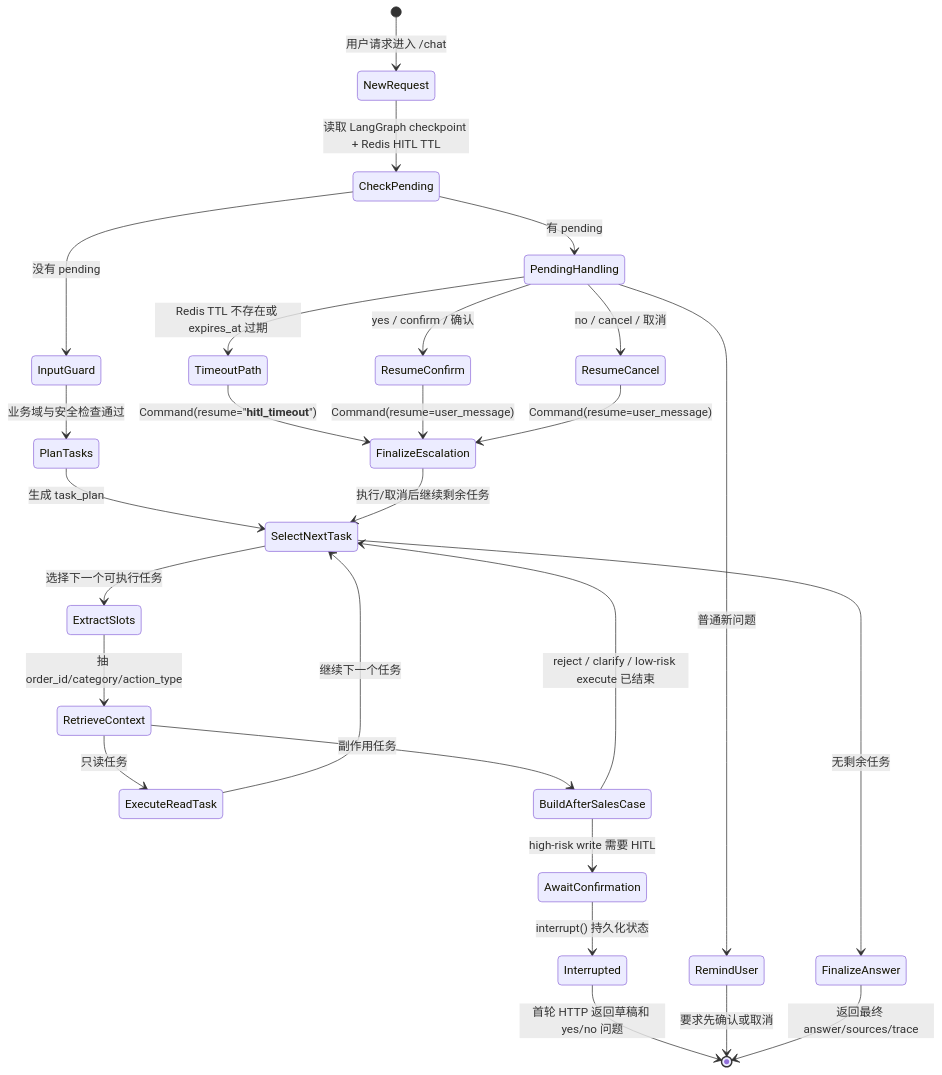
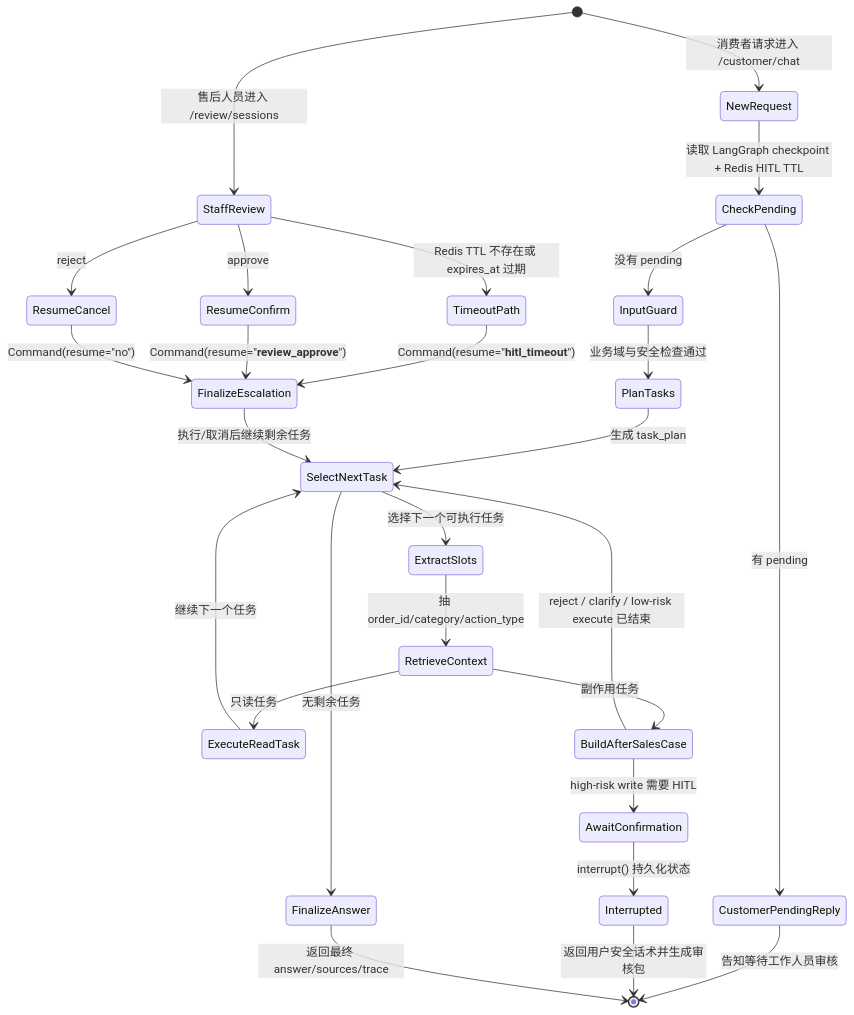
One commit to bigfish-emily/commerce-support-agent changed the diagram in docs/diagrams/hitl_resume_state.mmd. Above: the diagram before and after it, drawn with Mermaid. The commit also changed 49 other files, not shown here.

Commit message:
refine self-service support agent flow

```diff
--- a/docs/diagrams/hitl_resume_state.mmd
+++ b/docs/diagrams/hitl_resume_state.mmd
@@ -1,29 +1,30 @@
 stateDiagram-v2
-    [*] --> NewRequest: 用户请求进入 /chat
+    [*] --> NewRequest: 消费者请求进入 /customer/chat
     NewRequest --> CheckPending: 读取 LangGraph checkpoint + Redis HITL TTL
     CheckPending --> InputGuard: 没有 pending
-    CheckPending --> PendingHandling: 有 pending
-    PendingHandling --> TimeoutPath: Redis TTL 不存在或 expires_at 过期
-    PendingHandling --> ResumeConfirm: yes / confirm / 确认
-    PendingHandling --> ResumeCancel: no / cancel / 取消
-    PendingHandling --> RemindUser: 普通新问题
+    CheckPending --> CustomerPendingReply: 有 pending
+    CustomerPendingReply --> [*]: 告知等待工作人员审核
+
+    [*] --> StaffReview: 售后人员进入 /review/sessions
+    StaffReview --> TimeoutPath: Redis TTL 不存在或 expires_at 过期
+    StaffReview --> ResumeConfirm: approve
+    StaffReview --> ResumeCancel: reject
 
     InputGuard --> PlanTasks: 业务域与安全检查通过
     PlanTasks --> SelectNextTask: 生成 task_plan
     SelectNextTask --> ExtractSlots: 选择下一个可执行任务
     ExtractSlots --> RetrieveContext: 抽 order_id/category/action_type
     RetrieveContext --> ExecuteReadTask: 只读任务
     ExecuteReadTask --> SelectNextTask: 继续下一个任务
     RetrieveContext --> BuildAfterSalesCase: 副作用任务
     BuildAfterSalesCase --> SelectNextTask: reject / clarify / low-risk execute 已结束
     BuildAfterSalesCase --> AwaitConfirmation: high-risk write 需要 HITL
     AwaitConfirmation --> Interrupted: interrupt() 持久化状态
-    Interrupted --> [*]: 首轮 HTTP 返回草稿和 yes/no 问题
+    Interrupted --> [*]: 返回用户安全话术并生成审核包
 
     TimeoutPath --> FinalizeEscalation: Command(resume="__hitl_timeout__")
-    ResumeConfirm --> FinalizeEscalation: Command(resume=user_message)
-    ResumeCancel --> FinalizeEscalation: Command(resume=user_message)
-    RemindUser --> [*]: 要求先确认或取消
+    ResumeConfirm --> FinalizeEscalation: Command(resume="__review_approve__")
+    ResumeCancel --> FinalizeEscalation: Command(resume="no")
     FinalizeEscalation --> SelectNextTask: 执行/取消后继续剩余任务
     SelectNextTask --> FinalizeAnswer: 无剩余任务
     FinalizeAnswer --> [*]: 返回最终 answer/sources/trace
```
